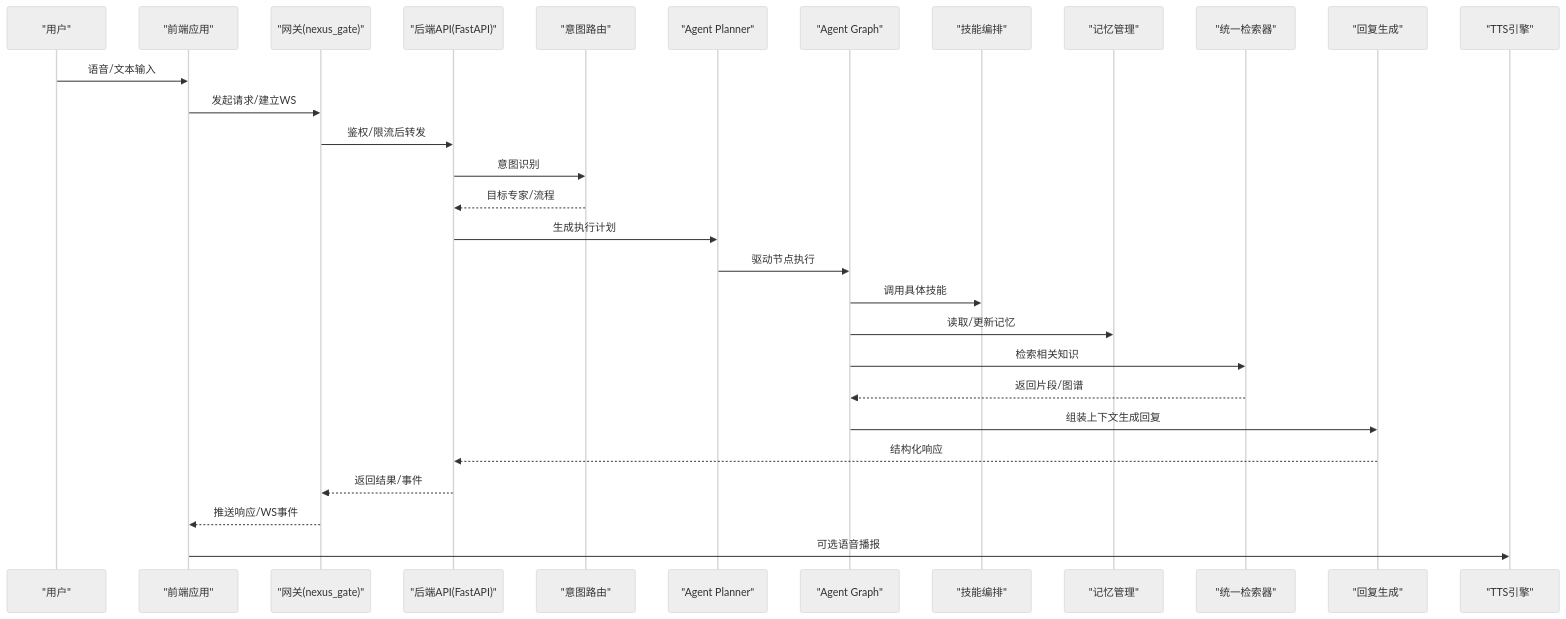
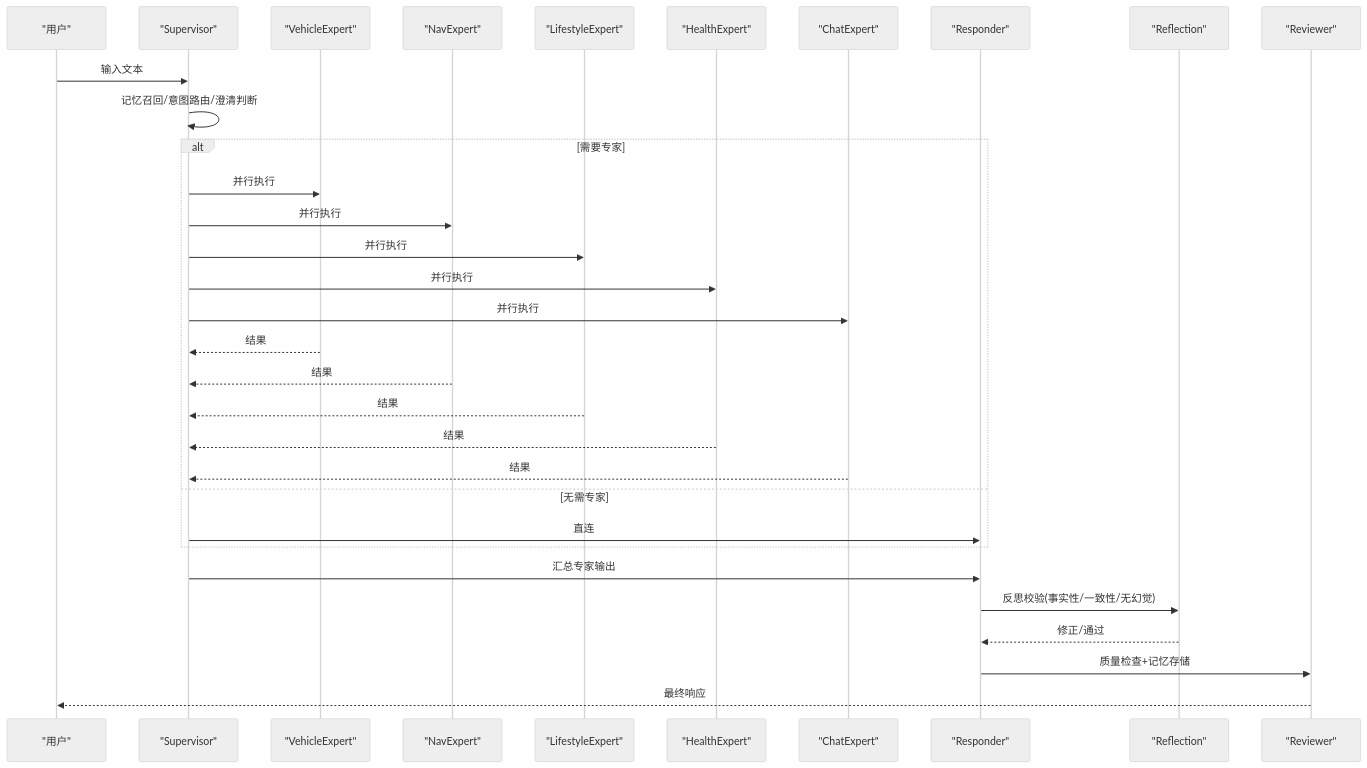
Before and after one commit to zmdhdu/NexusCockpit: the third of 7 diagrams in .qoder/repowiki/zh/content/项目概述/项目概述.md, drawn with Mermaid (neutral theme). The commit also changed other lines of this file and 516 other files, not shown here.

````diff
--- a/.qoder/repowiki/zh/content/项目概述/项目概述.md
+++ b/.qoder/repowiki/zh/content/项目概述/项目概述.md
@@ -173,31 +154,34 @@
 ```mermaid
 sequenceDiagram
 participant U as "用户"
-participant FE as "前端应用"
-participant GW as "网关(nexus_gate)"
-participant API as "后端API(FastAPI)"
-participant IR as "意图路由"
-participant PL as "Agent Planner"
-participant GR as "Agent Graph"
-participant SK as "技能编排"
-participant MEM as "记忆管理"
-participant RAG as "统一检索器"
-participant RESP as "回复生成"
-participant TTS as "TTS引擎"
-U->>FE : 语音/文本输入
-FE->>GW : 发起请求/建立WS
-GW->>API : 鉴权/限流后转发
-API->>IR : 意图识别
-IR-->>API : 目标专家/流程
-API->>PL : 生成执行计划
-PL->>GR : 驱动节点执行
-GR->>SK : 调用具体技能
-GR->>MEM : 读取/更新记忆
-GR->>RAG : 检索相关知识
-RAG-->>GR : 返回片段/图谱
-GR->>RESP : 组装上下文生成回复
-RESP-->>API : 结构化响应
-API-->>GW : 返回结果/事件
-GW-->>FE : 推送响应/WS事件
-FE->>TTS : 可选语音播报
+participant S as "Supervisor"
+participant V as "VehicleExpert"
+participant N as "NavExpert"
+participant L as "LifestyleExpert"
+participant H as "HealthExpert"
+participant C as "ChatExpert"
+participant R as "Responder"
+participant X as "Reflection"
+participant RV as "Reviewer"
+U->>S : 输入文本
+S->>S : 记忆召回/意图路由/澄清判断
+alt 需要专家
+S->>V : 并行执行
+S->>N : 并行执行
+S->>L : 并行执行
+S->>H : 并行执行
+S->>C : 并行执行
+V-->>S : 结果
+N-->>S : 结果
+L-->>S : 结果
+H-->>S : 结果
+C-->>S : 结果
+else 无需专家
+S->>R : 直连
+end
+S->>R : 汇总专家输出
+R->>X : 反思校验(事实性/一致性/无幻觉)
+X-->>R : 修正/通过
+R->>RV : 质量检查+记忆存储
+RV-->>U : 最终响应
 ```
````
